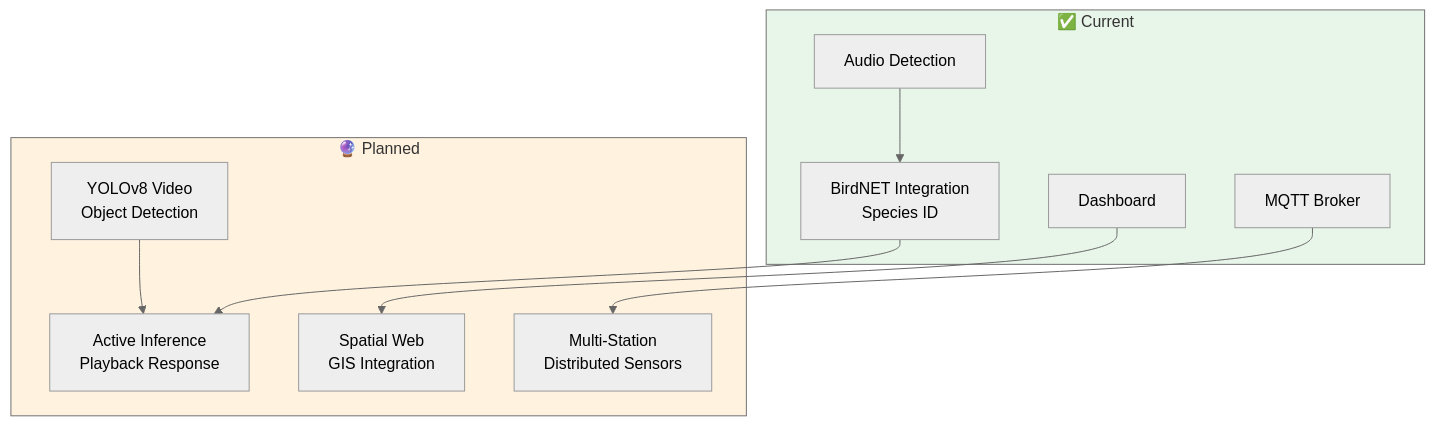
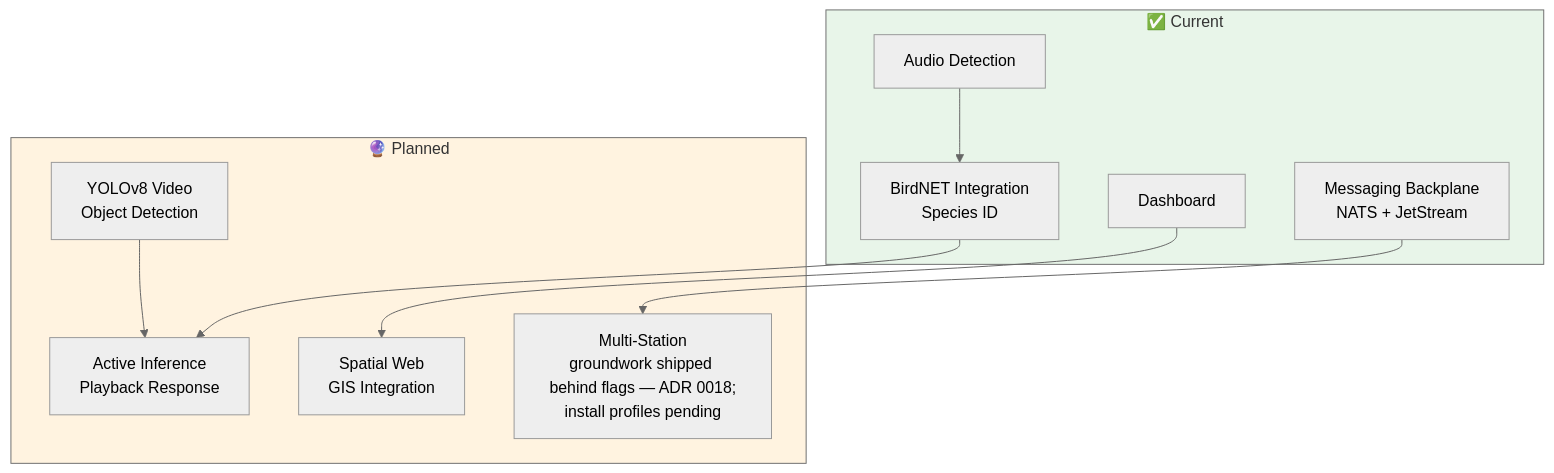
The tenth of 10 diagrams in docs/ARCHITECTURE.md (scottchronicity/orpheus), drawn with Mermaid (neutral theme) before and after one commit. The commit also changed other lines of this file and 624 other files, not shown here.

First line of the commit message:
Summer update: NATS/JetStream transport and the hardening arc (#121)

````diff
--- a/docs/ARCHITECTURE.md
+++ b/docs/ARCHITECTURE.md
@@ -583,25 +693,25 @@
 ```mermaid
 graph TB
     subgraph Current["✅ Current"]
         AUDIO_NOW[Audio Detection]
         BIRDNET[BirdNET Integration<br/>Species ID]
         DASH_NOW[Dashboard]
-        MQTT_NOW[MQTT Broker]
+        MQTT_NOW[Messaging Backplane<br/>NATS + JetStream]
     end
 
     subgraph Planned["🔮 Planned"]
         YOLO[YOLOv8 Video<br/>Object Detection]
         ACTIVE[Active Inference<br/>Playback Response]
-        MULTI[Multi-Station<br/>Distributed Sensors]
+        MULTI[Multi-Station<br/>groundwork shipped behind flags — ADR 0018;<br/>install profiles pending]
         SPATIAL[Spatial Web<br/>GIS Integration]
     end
 
     AUDIO_NOW --> BIRDNET
     DASH_NOW --> SPATIAL
     MQTT_NOW --> MULTI
     BIRDNET --> ACTIVE
     YOLO --> ACTIVE
 
     style Current fill:#e8f5e9
     style Planned fill:#fff3e0
 ```
````
